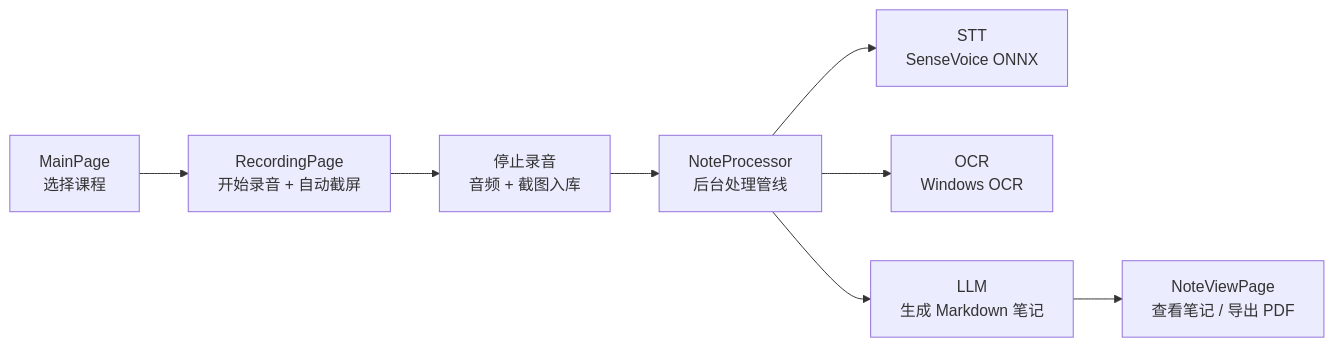
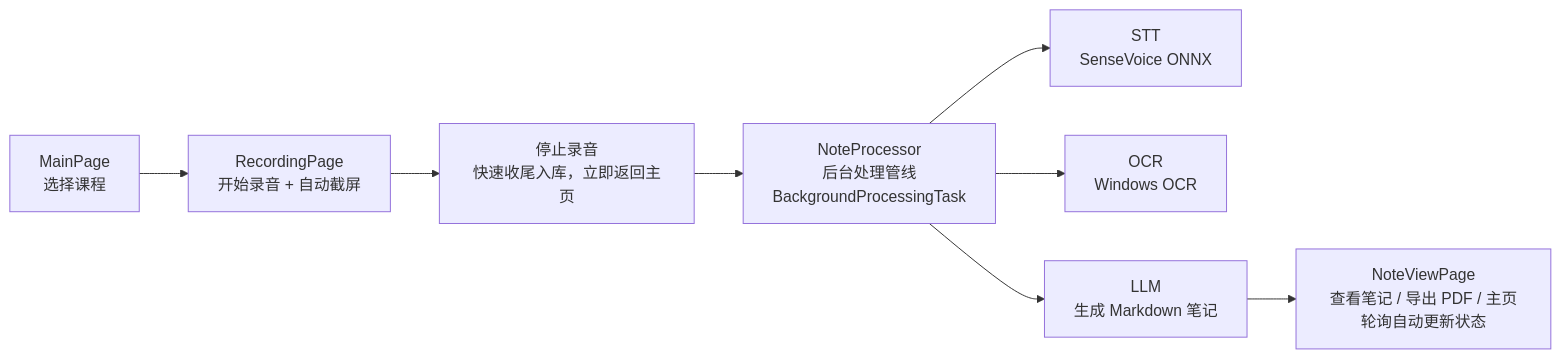
Before and after one commit to whoever1214/ClassNote-Standalone: the diagram in docs/开发文档.md, drawn with Mermaid. The commit also changed other lines of this file and 1 other file, not shown here.

Commit message:
文档：同步录音结束即返回主页/后台处理管线流程；发布方式改为直接取 publish/ 目录（无需压缩）

````diff
--- a/docs/开发文档.md
+++ b/docs/开发文档.md
@@ -39,10 +39,10 @@
 ```mermaid
 flowchart LR
   A[MainPage<br/>选择课程] --> B[RecordingPage<br/>开始录音 + 自动截屏]
-  B --> C[停止录音<br/>音频 + 截图入库]
-  C --> D[NoteProcessor<br/>后台处理管线]
+  B --> C[停止录音<br/>快速收尾入库，立即返回主页]
+  C --> D[NoteProcessor<br/>后台处理管线<br/>BackgroundProcessingTask]
   D --> D1[STT<br/>SenseVoice ONNX]
   D --> D2[OCR<br/>Windows OCR]
   D --> D3[LLM<br/>生成 Markdown 笔记]
-  D3 --> E[NoteViewPage<br/>查看笔记 / 导出 PDF]
+  D3 --> E[NoteViewPage<br/>查看笔记 / 导出 PDF / 主页轮询自动更新状态]
 ```
````
